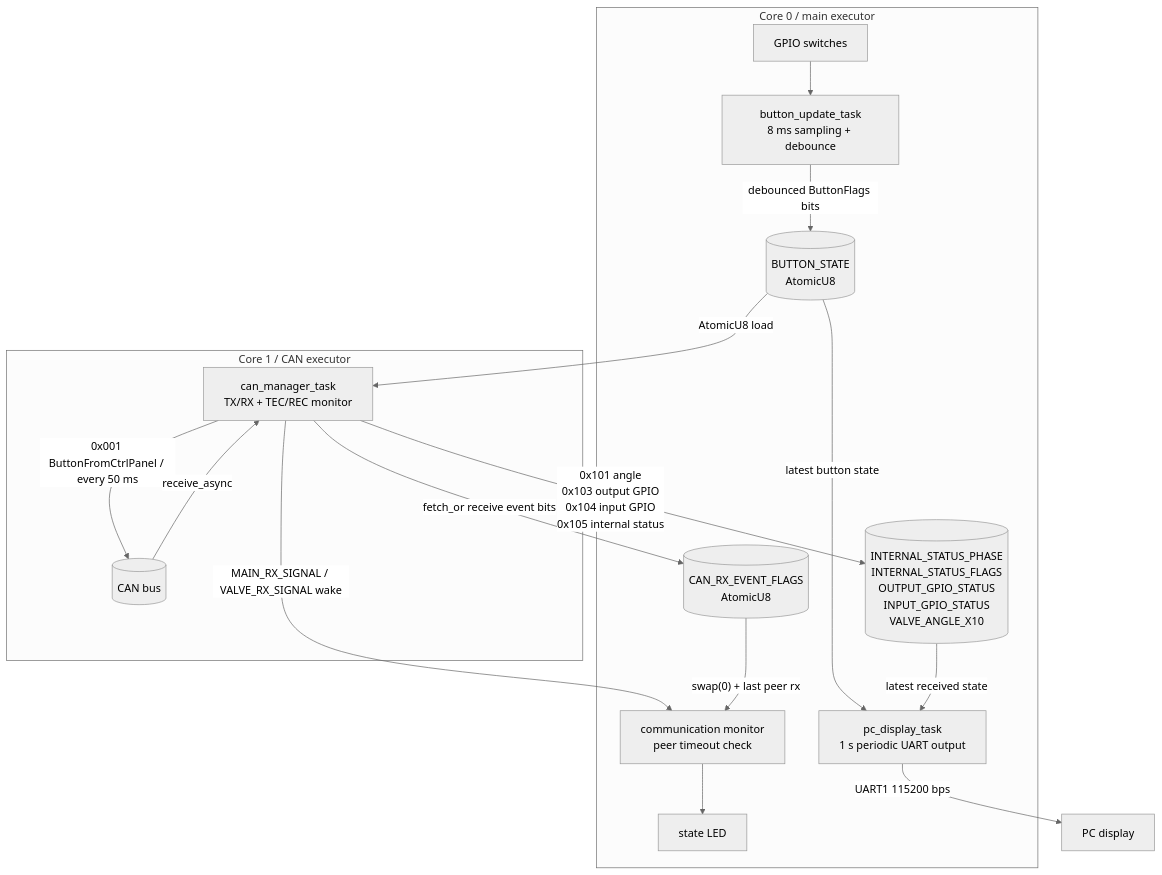
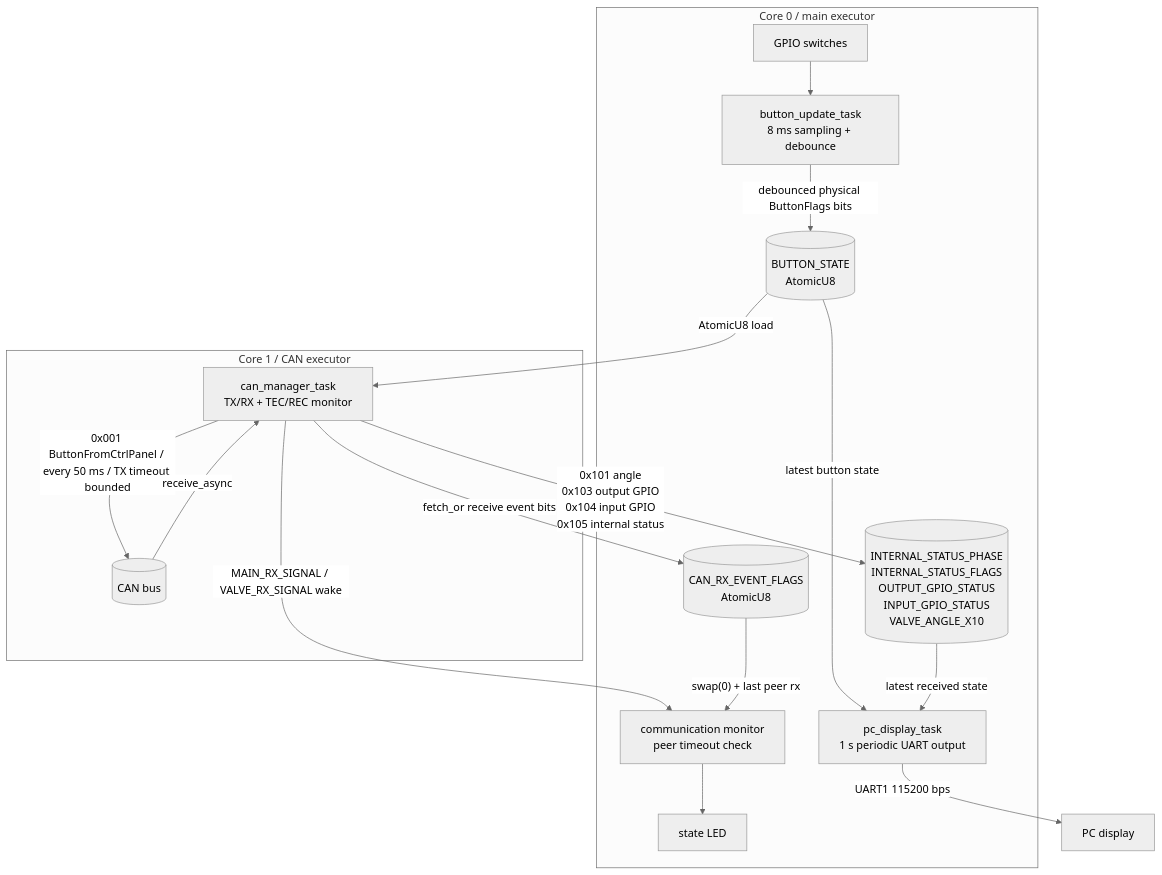
The diagram in README.md (Kuh456/GSE_99L_controller_panel), drawn with Mermaid (neutral theme) before and after one commit. The commit also changed other lines of this file and 7 other files, not shown here.

````diff
--- a/README.md
+++ b/README.md
@@ -9,34 +9,34 @@
 ```mermaid
 flowchart TB
     subgraph CORE0["Core 0 / main executor"]
         GPIO["GPIO switches"]
         BUTTON["button_update_task<br/>8 ms sampling + debounce"]
         BUTTON_STATE[("BUTTON_STATE<br/>AtomicU8")]
         PCDISP["pc_display_task<br/>1 s periodic UART output"]
         STATE_ATOMICS[("INTERNAL_STATUS_PHASE<br/>INTERNAL_STATUS_FLAGS<br/>OUTPUT_GPIO_STATUS<br/>INPUT_GPIO_STATUS<br/>VALVE_ANGLE_X10")]
         CAN_EVENTS[("CAN_RX_EVENT_FLAGS<br/>AtomicU8")]
         MONITOR["communication monitor<br/>peer timeout check"]
         LED["state LED"]
 
         GPIO --> BUTTON
-        BUTTON -->|"debounced ButtonFlags bits"| BUTTON_STATE
+        BUTTON -->|"debounced physical ButtonFlags bits"| BUTTON_STATE
         BUTTON_STATE -->|"latest button state"| PCDISP
         STATE_ATOMICS -->|"latest received state"| PCDISP
         MONITOR --> LED
     end
 
     subgraph CORE1["Core 1 / CAN executor"]
         CANMGR["can_manager_task<br/>TX/RX + TEC/REC monitor"]
         CANBUS[("CAN bus")]
 
-        CANMGR -->|"0x001 ButtonFromCtrlPanel / every 50 ms"| CANBUS
+        CANMGR -->|"0x001 ButtonFromCtrlPanel / every 50 ms / TX timeout bounded"| CANBUS
         CANBUS -->|"receive_async"| CANMGR
     end
 
     BUTTON_STATE -->|"AtomicU8 load"| CANMGR
     CANMGR -->|"0x101 angle<br/>0x103 output GPIO<br/>0x104 input GPIO<br/>0x105 internal status"| STATE_ATOMICS
     CANMGR -->|"fetch_or receive event bits"| CAN_EVENTS
     CANMGR -->|"MAIN_RX_SIGNAL / VALVE_RX_SIGNAL wake"| MONITOR
     CAN_EVENTS -->|"swap(0) + last peer rx"| MONITOR
     PCDISP -->|"UART1 115200 bps"| PC["PC display"]
 ```
````
